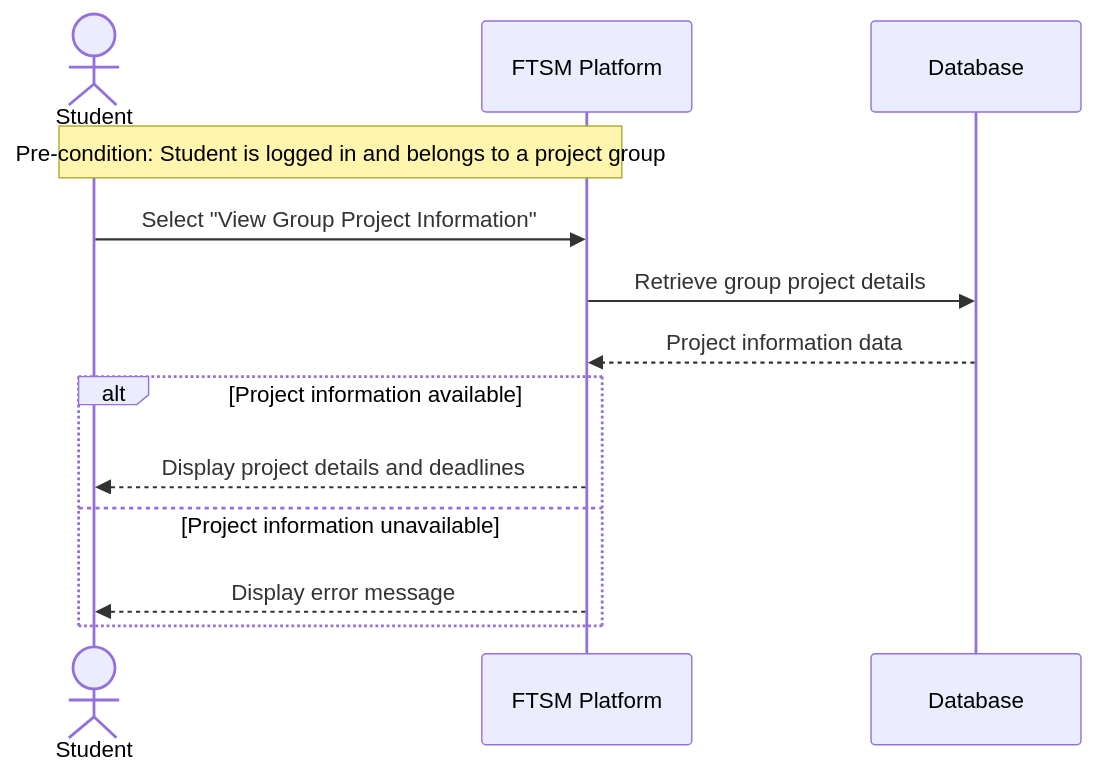
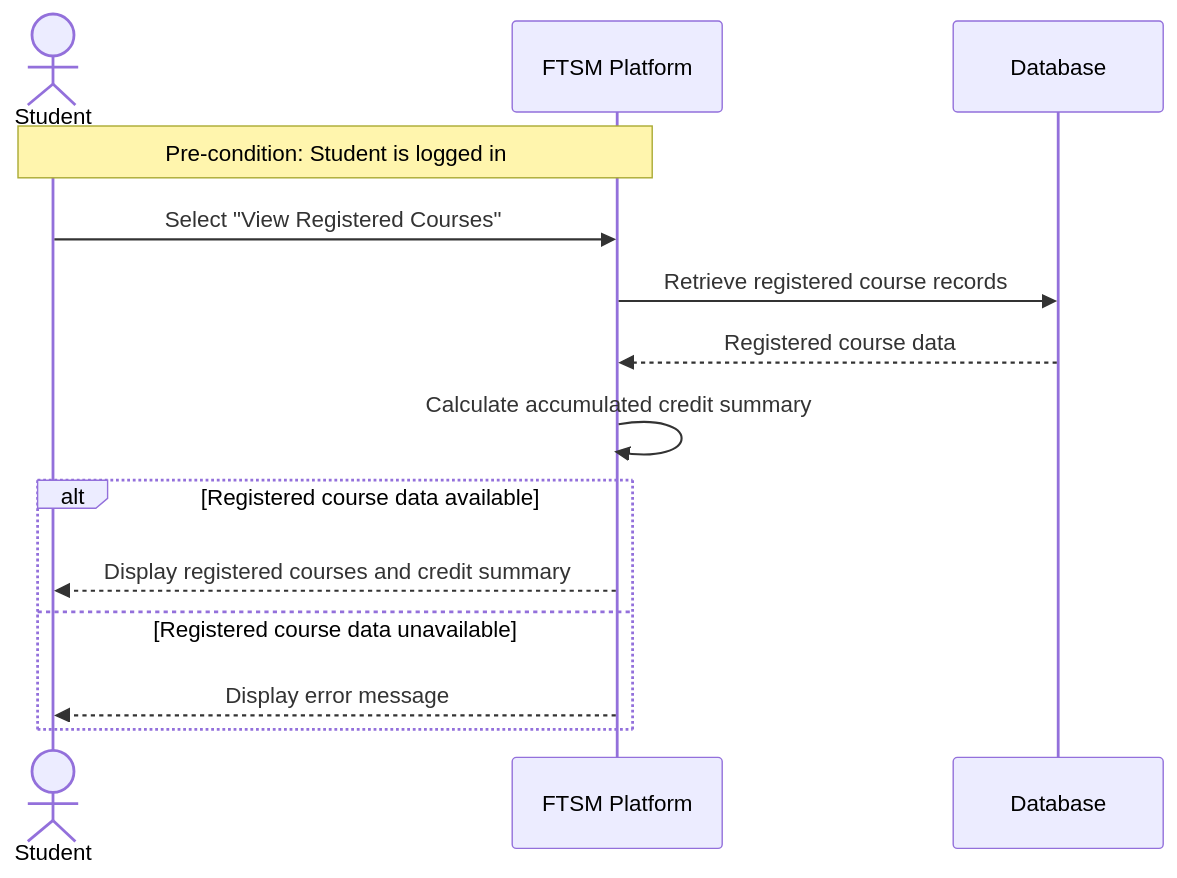
One commit to Lifantastic-O/iodraw-files changed the diagram in all/未命名-4.md. Above: the diagram before and after it, drawn with Mermaid.

Commit message:
2026-01-04 19:39:38 update

````diff
--- a/all/未命名-4.md
+++ b/all/未命名-4.md
@@ -1,19 +1,21 @@
 ```mermaid
 sequenceDiagram
     actor Student
     participant System as FTSM Platform
     participant DB as Database
 
-    Note over Student,System: Pre-condition: Student is logged in and belongs to a project group
+    Note over Student,System: Pre-condition: Student is logged in
 
-    Student->>System: Select "View Group Project Information"
-    System->>DB: Retrieve group project details
-    DB-->>System: Project information data
+    Student->>System: Select "View Registered Courses"
+    System->>DB: Retrieve registered course records
+    DB-->>System: Registered course data
 
-    alt Project information available
-        System-->>Student: Display project details and deadlines
-    else Project information unavailable
+    System->>System: Calculate accumulated credit summary
+
+    alt Registered course data available
+        System-->>Student: Display registered courses and credit summary
+    else Registered course data unavailable
         System-->>Student: Display error message
     end
 
 ```
````
